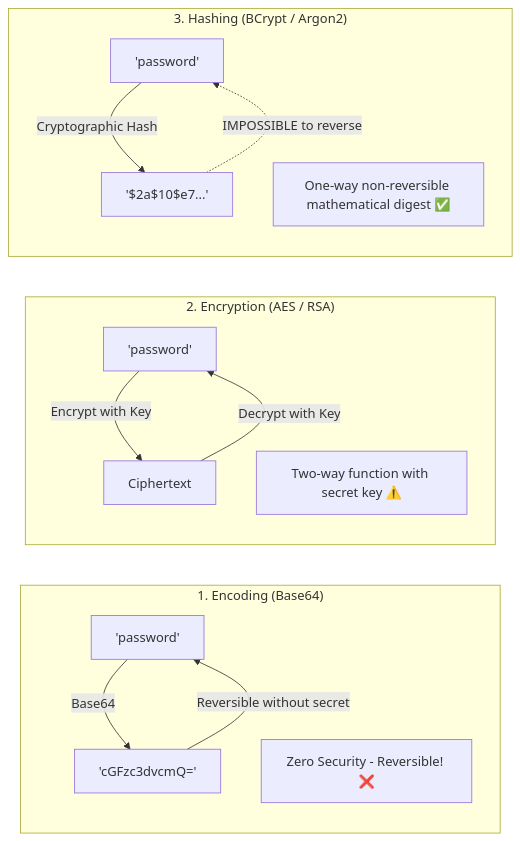
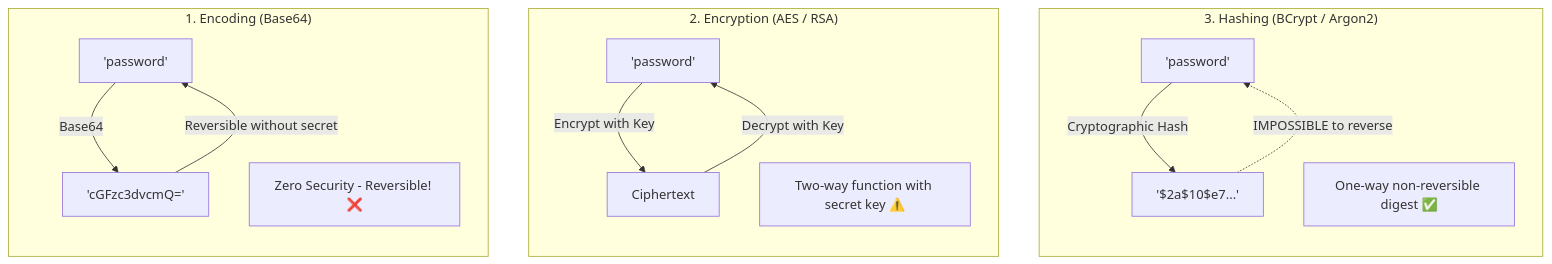
One commit to rohithgowda18/Notes changed the third of 6 diagrams in 06-Java-and-Spring-Boot/04-Spring-Security-and-Authentication.md. Above: the diagram before and after it, drawn with Mermaid. The commit also changed other lines of this file and 15 other files, not shown here.

Commit message:
docs: audit Mermaid diagrams, optimize side-by-side layouts, and deduplicate DBMS advanced notes

````diff
--- a/06-Java-and-Spring-Boot/04-Spring-Security-and-Authentication.md
+++ b/06-Java-and-Spring-Boot/04-Spring-Security-and-Authentication.md
@@ -181,18 +185,27 @@
 ```mermaid
 flowchart LR
     subgraph EncodingSec ["1. Encoding (Base64)"]
+        direction TB
         E1["'password'"] -->|Base64| E2["'cGFzc3dvcmQ='"]
         E2 -->|Reversible without secret| E1
         Note1["Zero Security - Reversible! ❌"]
     end
+
+    EncodingSec ~~~ EncryptionSec
+
     subgraph EncryptionSec ["2. Encryption (AES / RSA)"]
+        direction TB
         En1["'password'"] -->|Encrypt with Key| En2["Ciphertext"]
         En2 -->|Decrypt with Key| En1
         Note2["Two-way function with secret key ⚠️"]
     end
+
+    EncryptionSec ~~~ HashingSec
+
     subgraph HashingSec ["3. Hashing (BCrypt / Argon2)"]
+        direction TB
         H1["'password'"] -->|Cryptographic Hash| H2["'$2a$10$e7...'"]
         H2 -.->|IMPOSSIBLE to reverse| H1
-        Note3["One-way non-reversible mathematical digest ✅"]
+        Note3["One-way non-reversible digest ✅"]
     end
 ```
````
